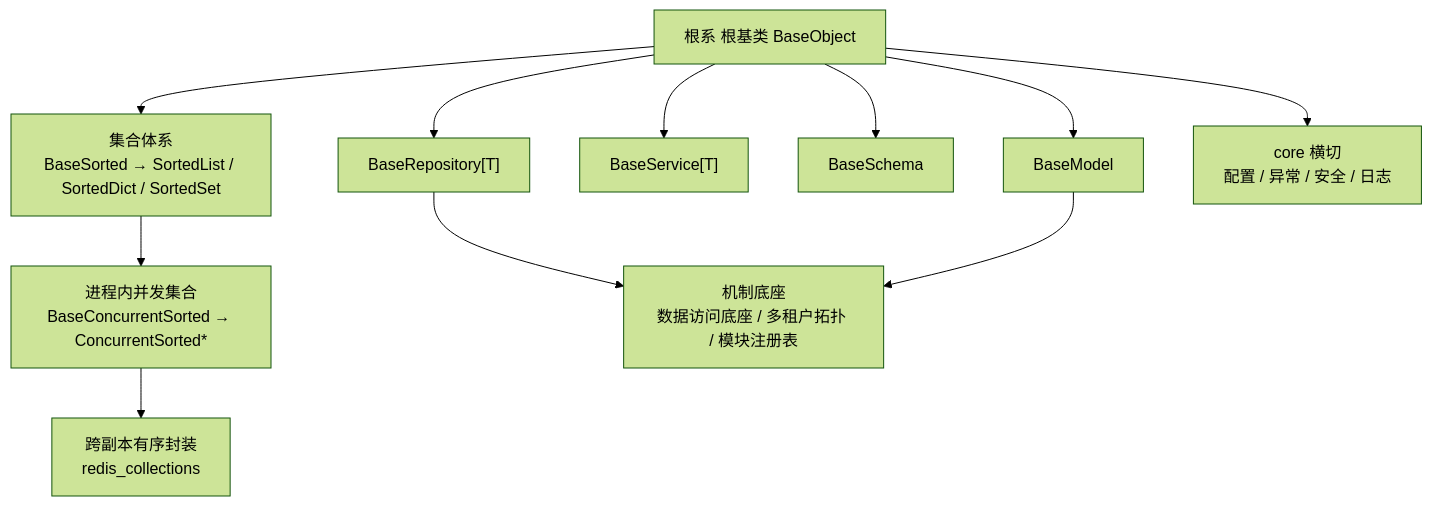
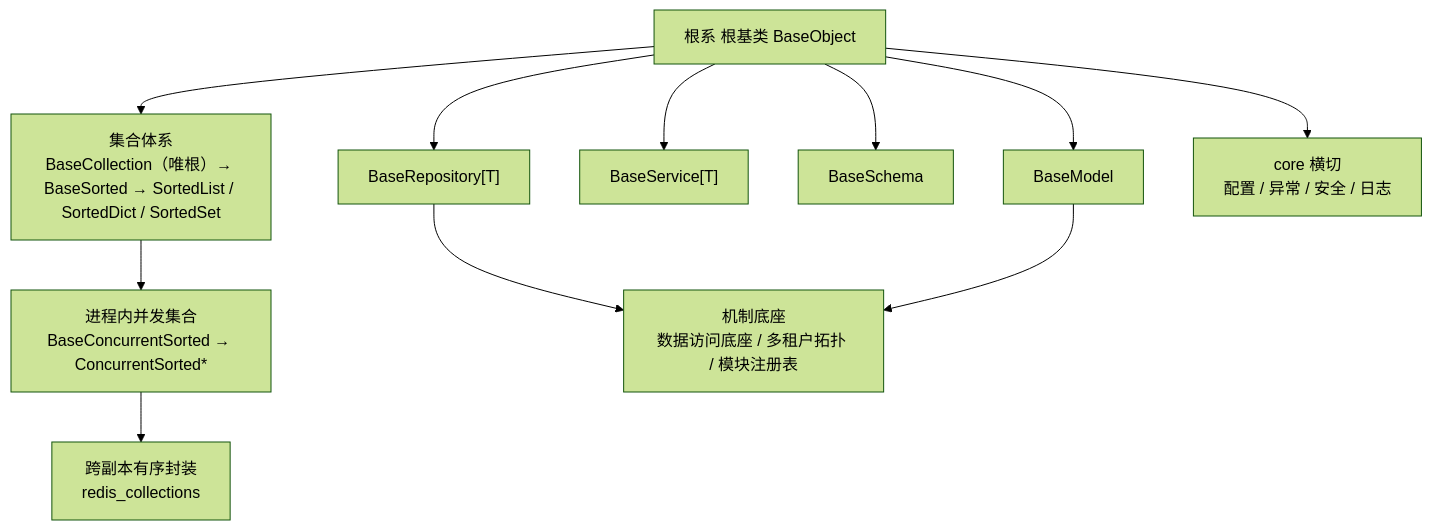
One commit to minjian123/basic-management-system changed the diagram in bms文档/项目/01_项目骨架/需求/02_需求_后端基座.md. Above: the diagram before and after it, drawn with Mermaid (forest theme). The commit also changed other lines of this file and 29 other files, not shown here.

````diff
--- a/bms文档/项目/01_项目骨架/需求/02_需求_后端基座.md
+++ b/bms文档/项目/01_项目骨架/需求/02_需求_后端基座.md
@@ -11,23 +13,23 @@
 ```mermaid
 flowchart TD
     根系["根系 根基类 BaseObject"]
-    COL["集合体系<br/>BaseSorted → SortedList / SortedDict / SortedSet"]
+    COL["集合体系<br/>BaseCollection（唯根）→ BaseSorted → SortedList / SortedDict / SortedSet"]
     CONC["进程内并发集合<br/>BaseConcurrentSorted → ConcurrentSorted*"]
     REDIS["跨副本有序封装<br/>redis_collections"]
     REPO["BaseRepository[T]"]
     SVC["BaseService[T]"]
     SCH["BaseSchema"]
     ORM["BaseModel"]
     CORE["core 横切<br/>配置 / 异常 / 安全 / 日志"]
     MECH["机制底座<br/>数据访问底座 / 多租户拓扑 / 模块注册表"]
     根系 --> COL
     COL --> CONC
     CONC --> REDIS
     根系 --> REPO
     根系 --> SVC
     根系 --> SCH
     根系 --> ORM
     根系 --> CORE
     REPO --> MECH
     ORM --> MECH
 ```
````
